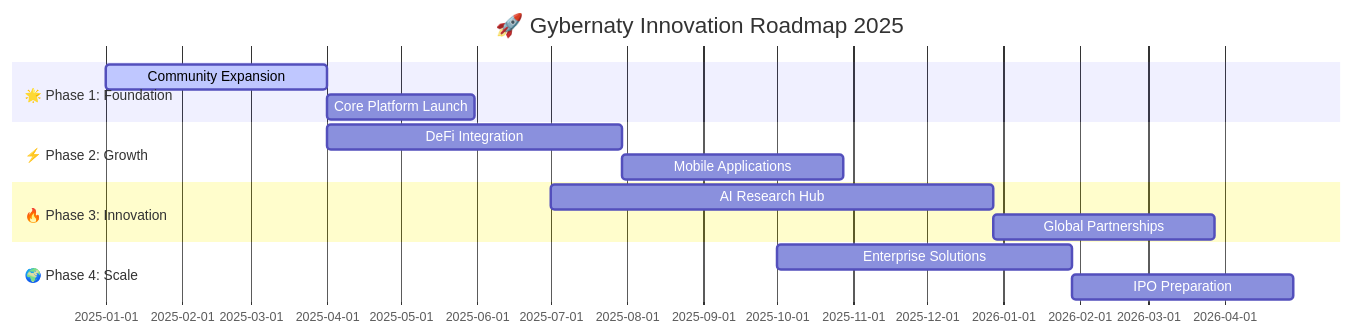
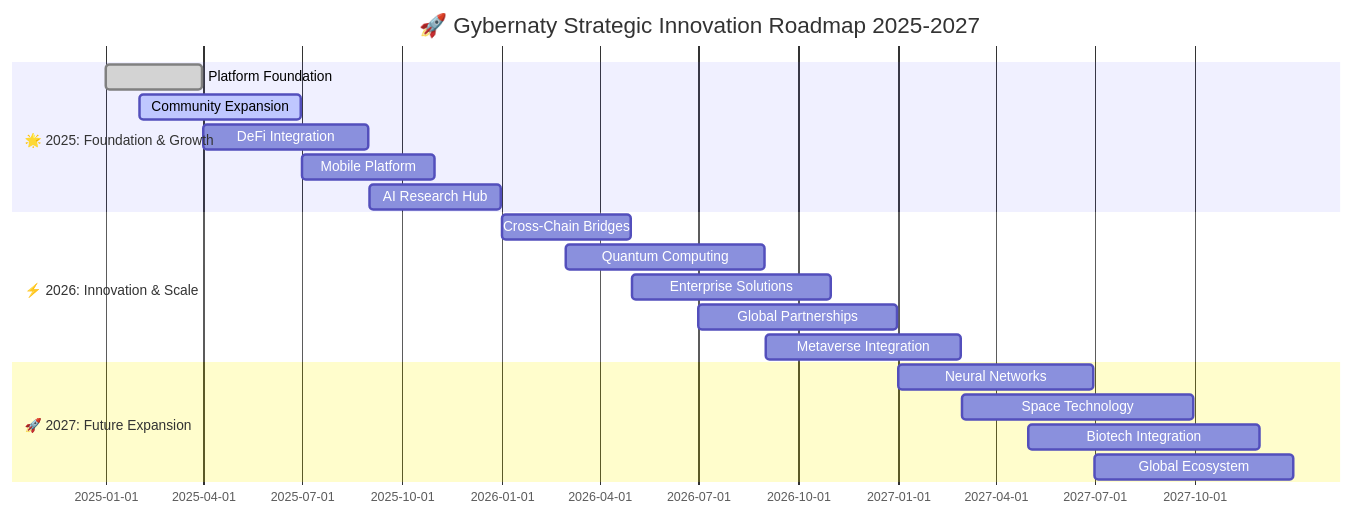
Before and after one commit to GyberExperiment/.github: the diagram in profile/README.md, drawn with Mermaid. The commit also changed other lines of this file, not shown here.

````diff
--- a/profile/README.md
+++ b/profile/README.md
@@ -365,17 +367,25 @@
   ```mermaid
   gantt
-      title 🚀 Gybernaty Innovation Roadmap 2025
+      title 🚀 Gybernaty Strategic Innovation Roadmap 2025-2027
       dateFormat YYYY-MM-DD
-      section 🌟 Phase 1: Foundation
-      Community Expansion    :active, phase1a, 2025-01-01, 90d
-      Core Platform Launch   :phase1b, after phase1a, 60d
-      section ⚡ Phase 2: Growth
-      DeFi Integration      :phase2a, 2025-04-01, 120d
-      Mobile Applications   :phase2b, after phase2a, 90d
-      section 🔥 Phase 3: Innovation
-      AI Research Hub       :phase3a, 2025-07-01, 180d
-      Global Partnerships   :phase3b, after phase3a, 90d
-      section 🌍 Phase 4: Scale
-      Enterprise Solutions  :phase4a, 2025-10-01, 120d
-      IPO Preparation      :phase4b, after phase4a, 90d
+      
+      section 🌟 2025: Foundation & Growth
+      Platform Foundation    :done, foundation, 2025-01-01, 2025-03-31
+      Community Expansion    :active, community, 2025-02-01, 2025-06-30
+      DeFi Integration      :defi, 2025-04-01, 2025-08-31
+      Mobile Platform       :mobile, 2025-07-01, 2025-10-31
+      AI Research Hub       :ai1, 2025-09-01, 2025-12-31
+      
+      section ⚡ 2026: Innovation & Scale
+      Cross-Chain Bridges   :bridges, 2026-01-01, 2026-04-30
+      Quantum Computing     :quantum, 2026-03-01, 2026-08-31
+      Enterprise Solutions  :enterprise, 2026-05-01, 2026-10-31
+      Global Partnerships   :partnerships, 2026-07-01, 2026-12-31
+      Metaverse Integration :metaverse, 2026-09-01, 2027-02-28
+      
+      section 🚀 2027: Future Expansion
+      Neural Networks       :neural, 2027-01-01, 2027-06-30
+      Space Technology      :space, 2027-03-01, 2027-09-30
+      Biotech Integration   :biotech, 2027-05-01, 2027-11-30
+      Global Ecosystem      :ecosystem, 2027-07-01, 2027-12-31
   ```
````
